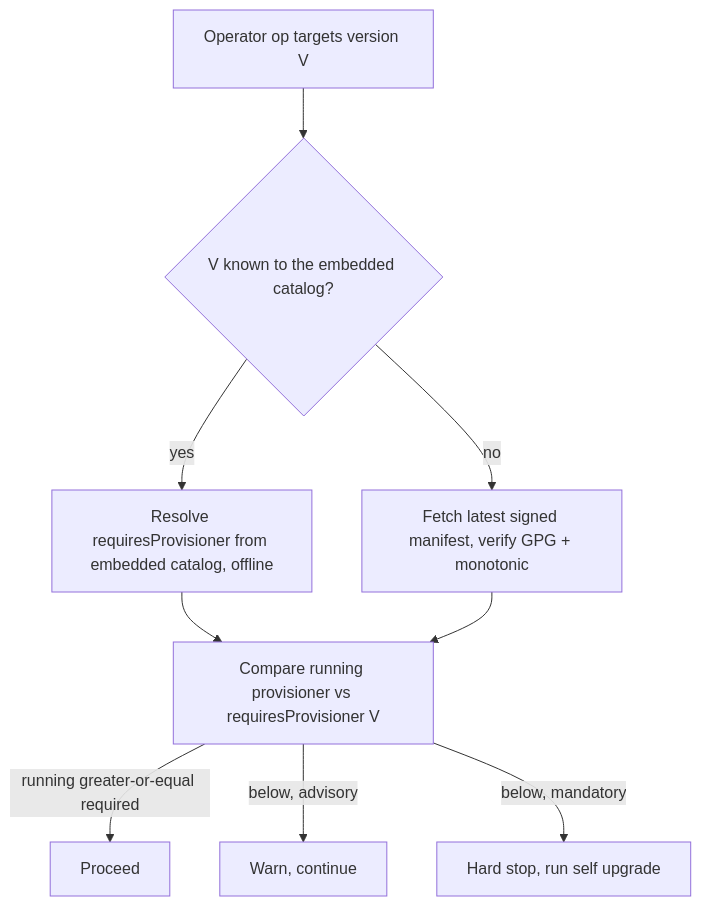
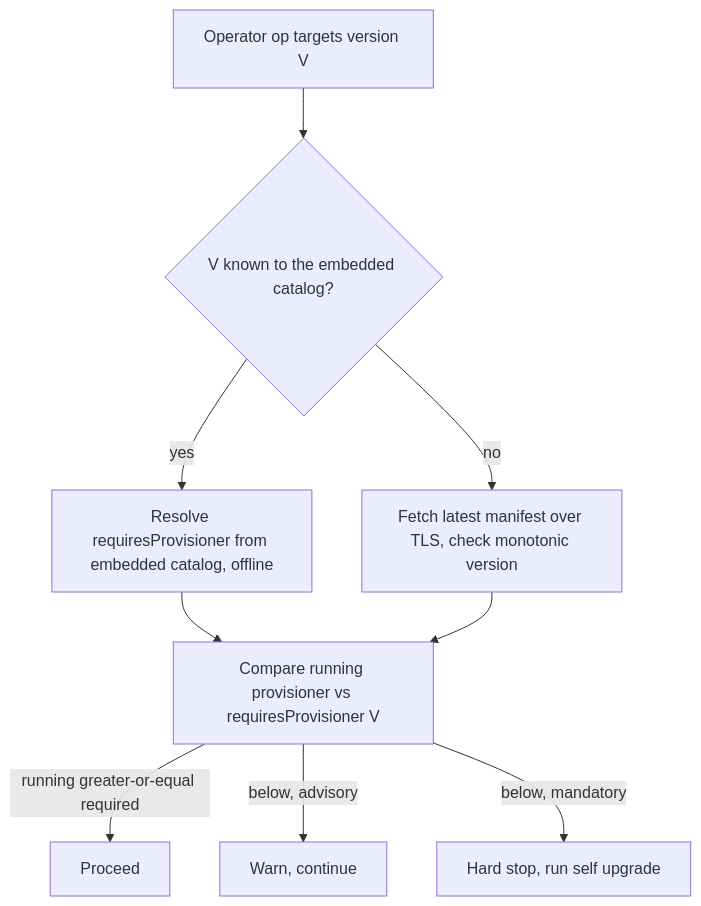
One commit to hashgraph/solo-weaver changed the second of 2 diagrams in docs/dev/self-upgrade-operator-trigger.md. Above: the diagram before and after it, drawn with Mermaid. The commit also changed other lines of this file, not shown here.

First line of the commit message:
docs(self-upgrade): correct compat-gate trust model to hash + TLS (no embedded GPG key)

````diff
--- a/docs/dev/self-upgrade-operator-trigger.md
+++ b/docs/dev/self-upgrade-operator-trigger.md
@@ -192,11 +199,11 @@
 ```mermaid
 flowchart TD
   A[Operator op targets version V] --> B{V known to the embedded catalog?}
   B -->|yes| C[Resolve requiresProvisioner from embedded catalog, offline]
-  B -->|no| D[Fetch latest signed manifest, verify GPG + monotonic]
+  B -->|no| D[Fetch latest manifest over TLS, check monotonic version]
   C --> E[Compare running provisioner vs requiresProvisioner V]
   D --> E
   E -->|running greater-or-equal required| F[Proceed]
   E -->|below, advisory| G[Warn, continue]
   E -->|below, mandatory| H[Hard stop, run self upgrade]
 ```
````
